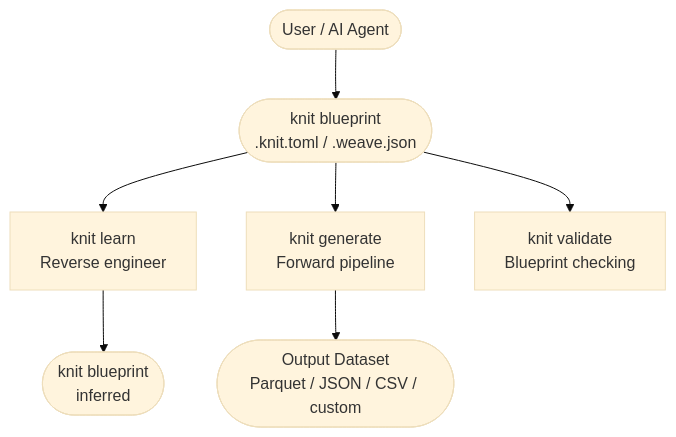
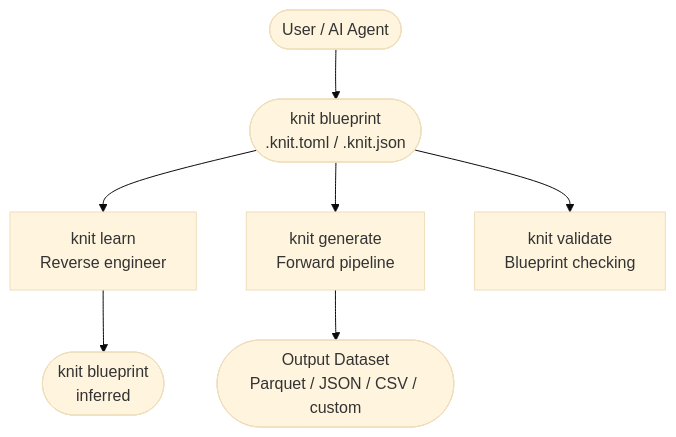
Before and after one commit to Yaming-Hub/knit: the first of 9 diagrams in docs/architecture.md, drawn with Mermaid (base theme). The commit also changed other lines of this file and 19 other files, not shown here.

````diff
--- a/docs/architecture.md
+++ b/docs/architecture.md
@@ -14,9 +14,9 @@
 ```mermaid
 flowchart TB
-    user([User / AI Agent]) --> blueprint([knit blueprint\n.knit.toml / .weave.json])
+    user([User / AI Agent]) --> blueprint([knit blueprint\n.knit.toml / .knit.json])
     blueprint --> learn[knit learn\nReverse engineer]
     blueprint --> generate[knit generate\nForward pipeline]
     blueprint --> validate[knit validate\nBlueprint checking]
     learn --> inferred([knit blueprint\ninferred])
     generate --> output([Output Dataset\nParquet / JSON / CSV / custom])
 ```
````
